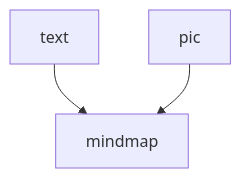
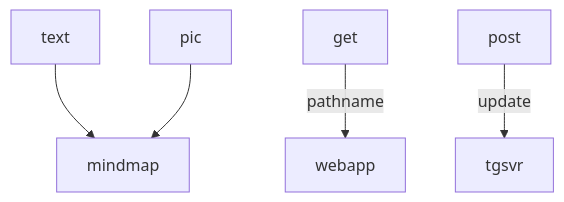
Before and after one commit to viigoolee/mermaidpad: the diagram in README.md, drawn with Mermaid.

Commit message:
更新 README.md

````diff
--- a/README.md
+++ b/README.md
@@ -4,7 +4,10 @@
 ```mermaid
 graph TD
 text --> mindmap
 pic --> mindmap
 
+get --pathname--> webapp
+post --update--> tgsvr 
+
 
 ```
````
